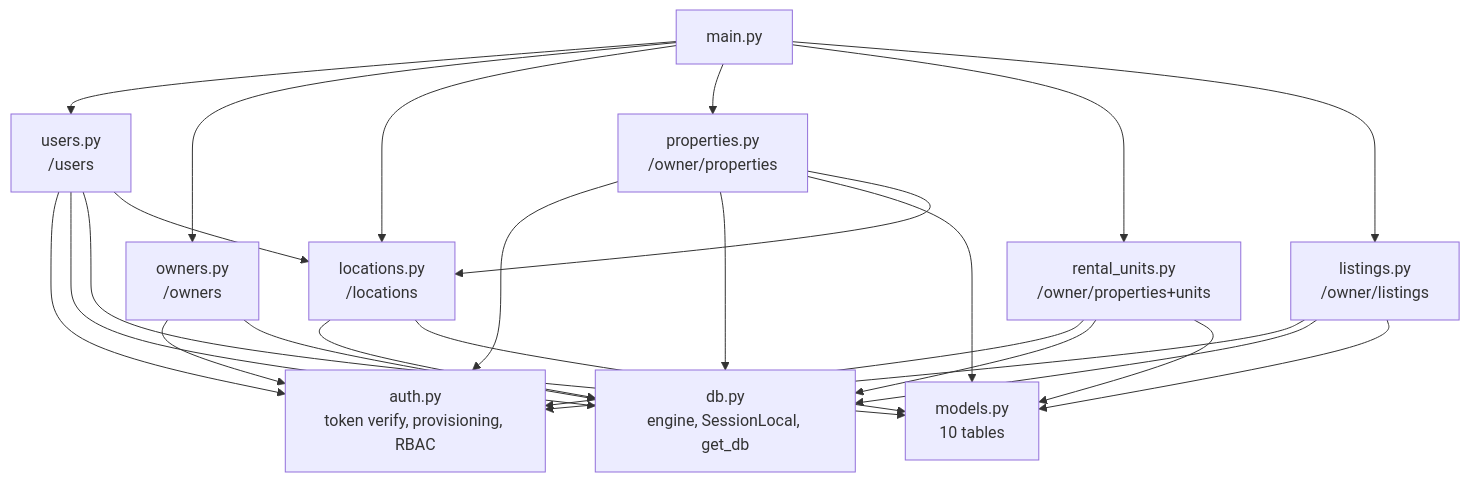
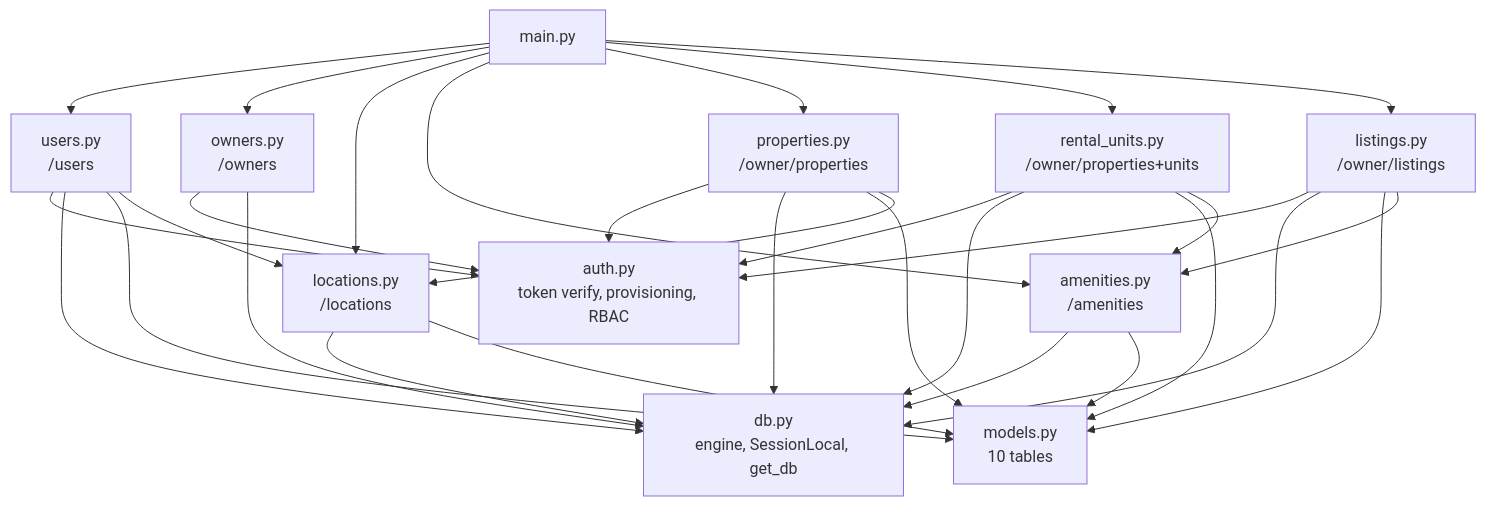
Before and after one commit to Trinayan29/Apun-Ghar: the fourth of 15 diagrams in docs/SYSTEM_DESIGN.md, drawn with Mermaid. The commit also changed other lines of this file and 25 other files, not shown here.

````diff
--- a/docs/SYSTEM_DESIGN.md
+++ b/docs/SYSTEM_DESIGN.md
@@ -184,21 +184,23 @@
 ```mermaid
 flowchart TB
     MAIN["main.py"]
     AUTH["auth.py<br/>token verify, provisioning, RBAC"]
     DB["db.py<br/>engine, SessionLocal, get_db"]
     MODELS["models.py<br/>10 tables"]
     USERS["users.py<br/>/users"]
     OWNERS["owners.py<br/>/owners"]
     LOC["locations.py<br/>/locations"]
+    AMEN["amenities.py<br/>/amenities"]
     PROPS["properties.py<br/>/owner/properties"]
     UNITS["rental_units.py<br/>/owner/properties+units"]
     LIST["listings.py<br/>/owner/listings"]
 
-    MAIN --> USERS & OWNERS & LOC & PROPS & UNITS & LIST
+    MAIN --> USERS & OWNERS & LOC & AMEN & PROPS & UNITS & LIST
     USERS --> AUTH & DB & MODELS & LOC
     OWNERS --> AUTH & DB
     LOC --> DB & MODELS
+    AMEN --> DB & MODELS
     PROPS --> AUTH & DB & MODELS & LOC
-    UNITS --> AUTH & DB & MODELS
-    LIST --> AUTH & DB & MODELS
+    UNITS --> AUTH & DB & MODELS & AMEN
+    LIST --> AUTH & DB & MODELS & AMEN
 ```
````
